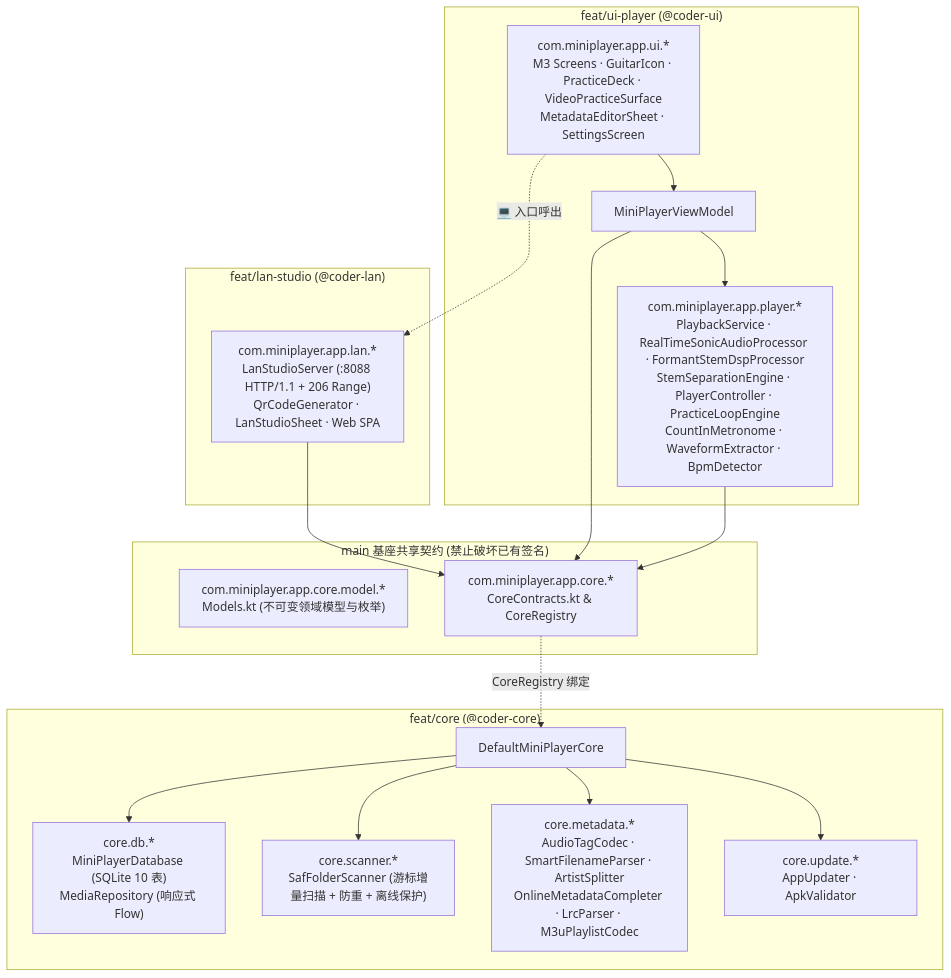
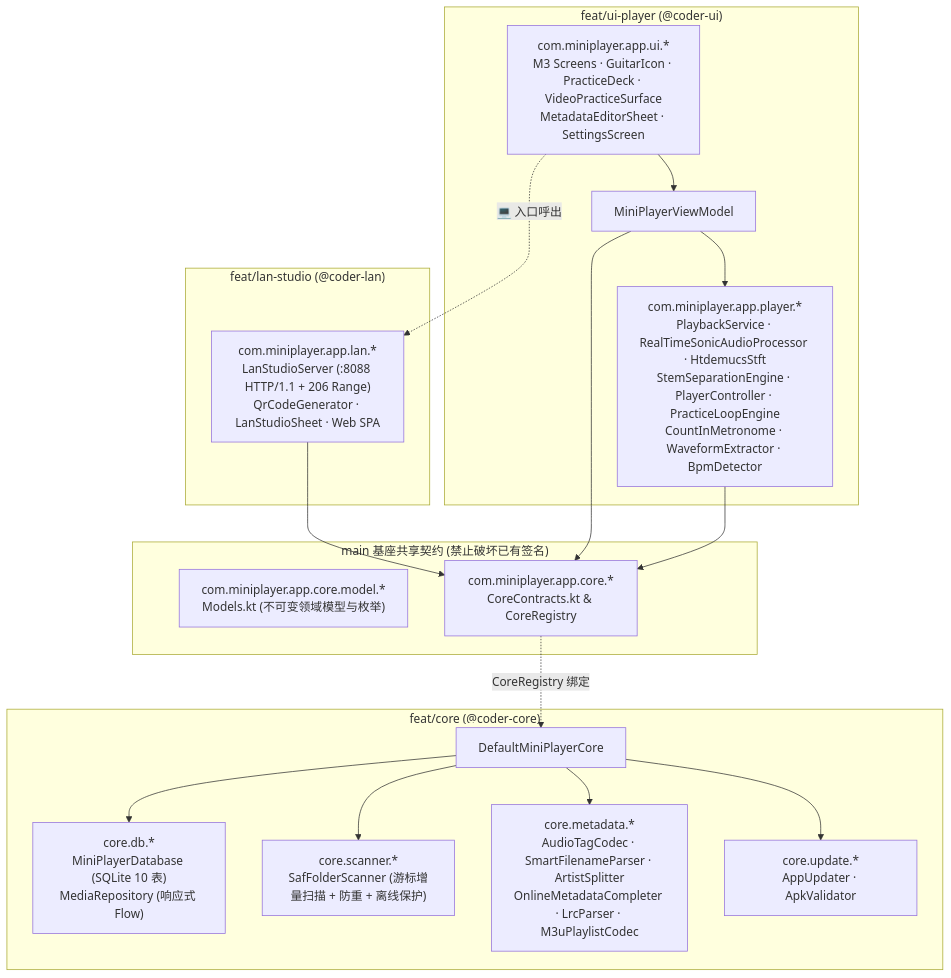
The diagram in ARCHITECTURE.md (codescv/miniplayer), drawn with Mermaid before and after one commit. The commit also changed other lines of this file and 19 other files, not shown here.

````diff
--- a/ARCHITECTURE.md
+++ b/ARCHITECTURE.md
@@ -13,37 +13,37 @@
 ```mermaid
 flowchart TD
     subgraph UI_Player["feat/ui-player (@coder-ui)"]
         UI["com.miniplayer.app.ui.*\nM3 Screens · GuitarIcon · PracticeDeck · VideoPracticeSurface\nMetadataEditorSheet · SettingsScreen"]
         VM["MiniPlayerViewModel"]
-        PL["com.miniplayer.app.player.*\nPlaybackService · RealTimeSonicAudioProcessor · FormantStemDspProcessor\nStemSeparationEngine · PlayerController · PracticeLoopEngine\nCountInMetronome · WaveformExtractor · BpmDetector"]
+        PL["com.miniplayer.app.player.*\nPlaybackService · RealTimeSonicAudioProcessor · HtdemucsStft\nStemSeparationEngine · PlayerController · PracticeLoopEngine\nCountInMetronome · WaveformExtractor · BpmDetector"]
     end
 
     subgraph LAN_Studio["feat/lan-studio (@coder-lan)"]
         LAN["com.miniplayer.app.lan.*\nLanStudioServer (:8088 HTTP/1.1 + 206 Range)\nQrCodeGenerator · LanStudioSheet · Web SPA"]
     end
 
     subgraph Shared["main 基座共享契约 (禁止破坏已有签名)"]
         Models["com.miniplayer.app.core.model.*\nModels.kt (不可变领域模型与枚举)"]
         Contracts["com.miniplayer.app.core.*\nCoreContracts.kt & CoreRegistry"]
     end
 
     subgraph Core_Impl["feat/core (@coder-core)"]
         Impl["DefaultMiniPlayerCore"]
         DB["core.db.*\nMiniPlayerDatabase (SQLite 10 表)\nMediaRepository (响应式 Flow)"]
         Scan["core.scanner.*\nSafFolderScanner (游标增量扫描 + 防重 + 离线保护)"]
         Meta["core.metadata.*\nAudioTagCodec · SmartFilenameParser · ArtistSplitter\nOnlineMetadataCompleter · LrcParser · M3uPlaylistCodec"]
         Upd["core.update.*\nAppUpdater · ApkValidator"]
     end
 
     UI --> VM
     UI -. "💻 入口呼出" .-> LAN
     LAN --> Contracts
     VM --> PL
     VM --> Contracts
     PL --> Contracts
     Contracts -. "CoreRegistry 绑定" .-> Impl
     Impl --> DB
     Impl --> Scan
     Impl --> Meta
     Impl --> Upd
 ```
````
